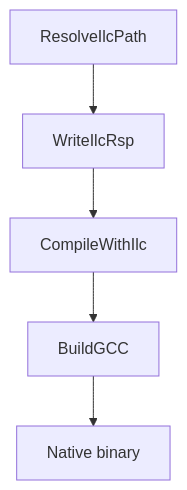
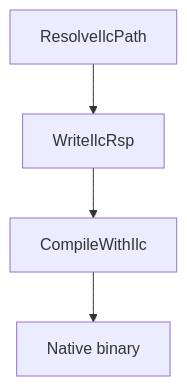
Before and after one commit to valentinbreiz/nativeaot-patcher: the diagram in docs/articles/build/ilc-build.md, drawn with Mermaid. The commit also changed other lines of this file, not shown here.

Commit message:
📃 Update ilc-build.md

````diff
--- a/docs/articles/build/ilc-build.md
+++ b/docs/articles/build/ilc-build.md
@@ -9,7 +9,6 @@
 ```mermaid
 flowchart TD
     A[ResolveIlcPath] --> B[WriteIlcRsp]
     B --> C[CompileWithIlc]
-    C --> D[BuildGCC]
-    D --> E[Native binary]
+    C --> D[Native binary]
 ```
````
